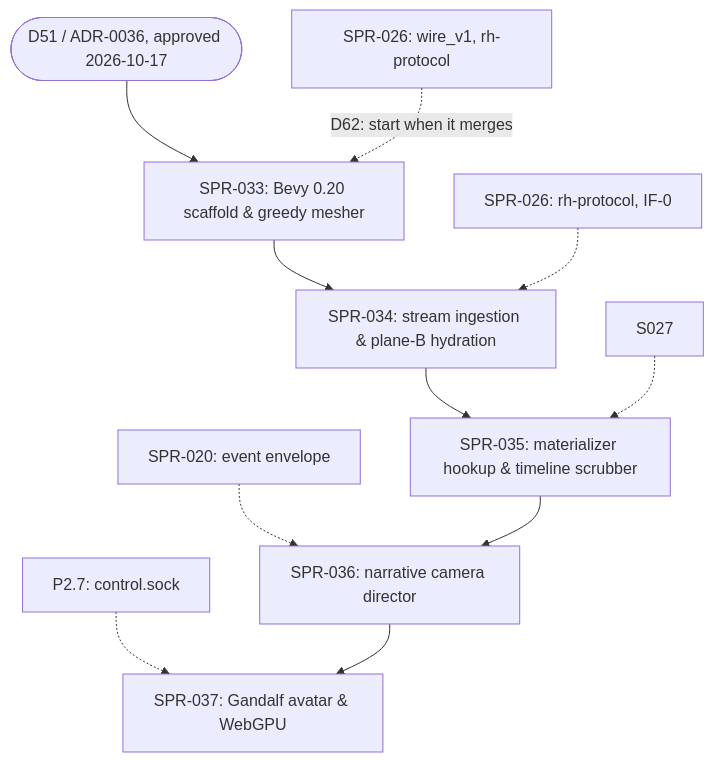
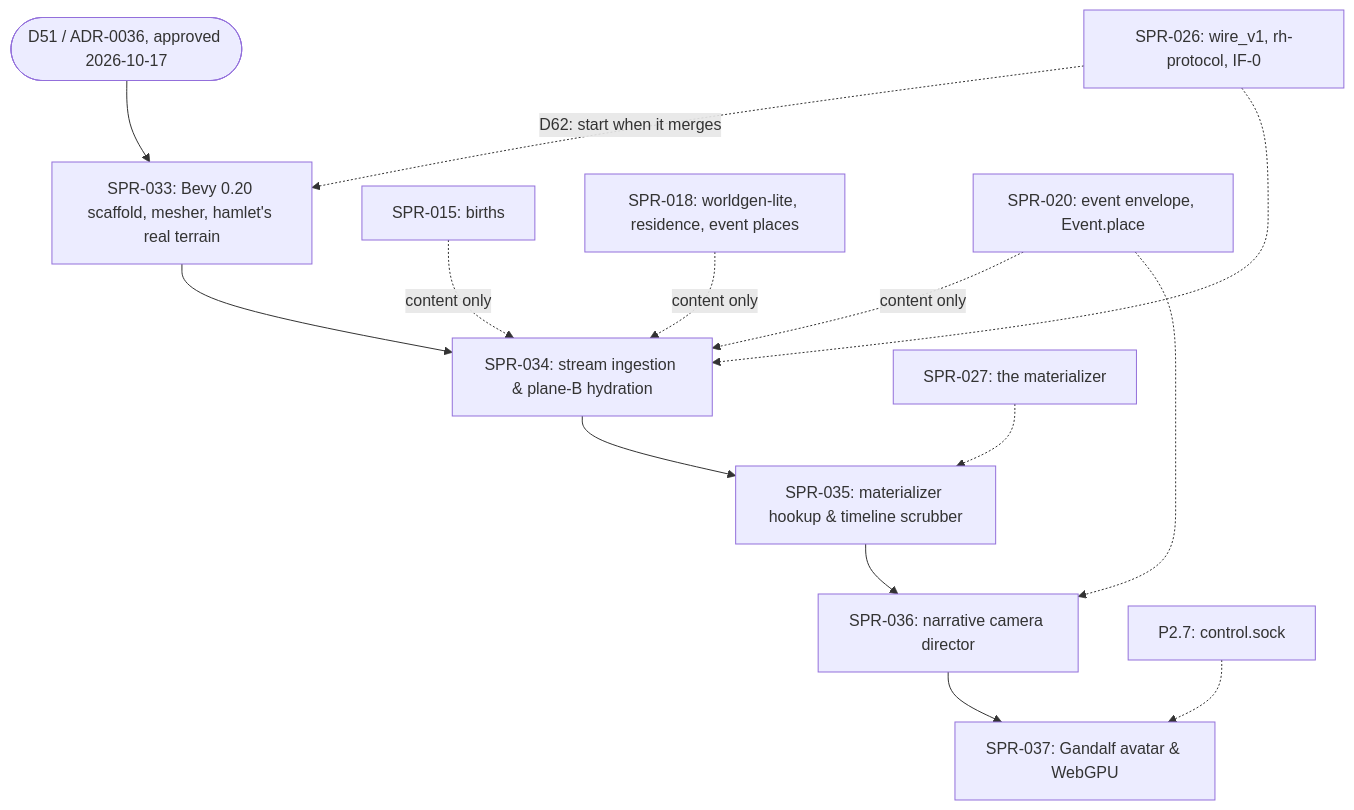
Before and after one commit to BigRigVibeCoder/Rehoboam: the diagram in CODEX/05_PROJECT/PRJ-003_BevyVoxelViewer.md, drawn with Mermaid. The commit also changed other lines of this file and 4 other files, not shown here.

````diff
--- a/CODEX/05_PROJECT/PRJ-003_BevyVoxelViewer.md
+++ b/CODEX/05_PROJECT/PRJ-003_BevyVoxelViewer.md
@@ -129,13 +129,16 @@
 ```mermaid
 flowchart TD
-  D51([D51 / ADR-0036, approved 2026-10-17]) --> S033[SPR-033: Bevy 0.20 scaffold & greedy mesher]
-  S026a[SPR-026: wire_v1, rh-protocol] -.->|D62: start when it merges| S033
+  D51([D51 / ADR-0036, approved 2026-10-17]) --> S033[SPR-033: Bevy 0.20 scaffold, mesher, hamlet's real terrain]
+  S026[SPR-026: wire_v1, rh-protocol, IF-0] -.->|D62: start when it merges| S033
   S033 --> S034[SPR-034: stream ingestion & plane-B hydration]
-  S026[SPR-026: rh-protocol, IF-0] -.-> S034
+  S026 -.-> S034
+  S015[SPR-015: births] -.->|content only| S034
+  S018[SPR-018: worldgen-lite, residence, event places] -.->|content only| S034
+  S020[SPR-020: event envelope, Event.place] -.->|content only| S034
   S034 --> S035[SPR-035: materializer hookup & timeline scrubber]
-  S027 -.-> S035
-  S020[SPR-020: event envelope] -.-> S036[SPR-036: narrative camera director]
+  S027[SPR-027: the materializer] -.-> S035
+  S020 -.-> S036[SPR-036: narrative camera director]
   S035 --> S036
   P27[P2.7: control.sock] -.-> S037[SPR-037: Gandalf avatar & WebGPU]
   S036 --> S037
 ```
````
